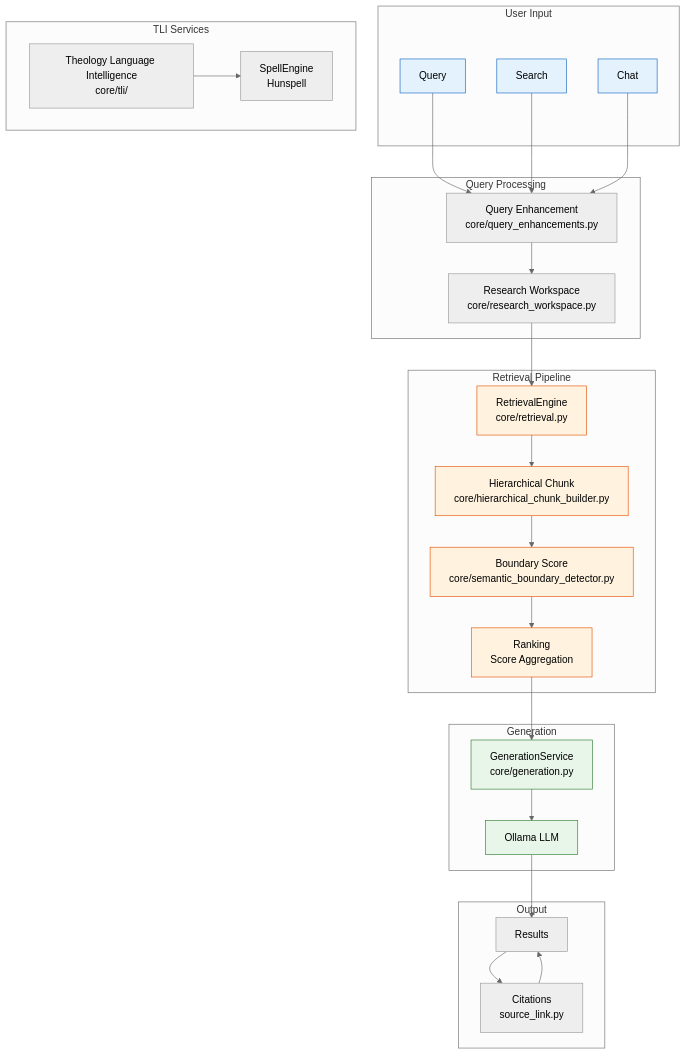
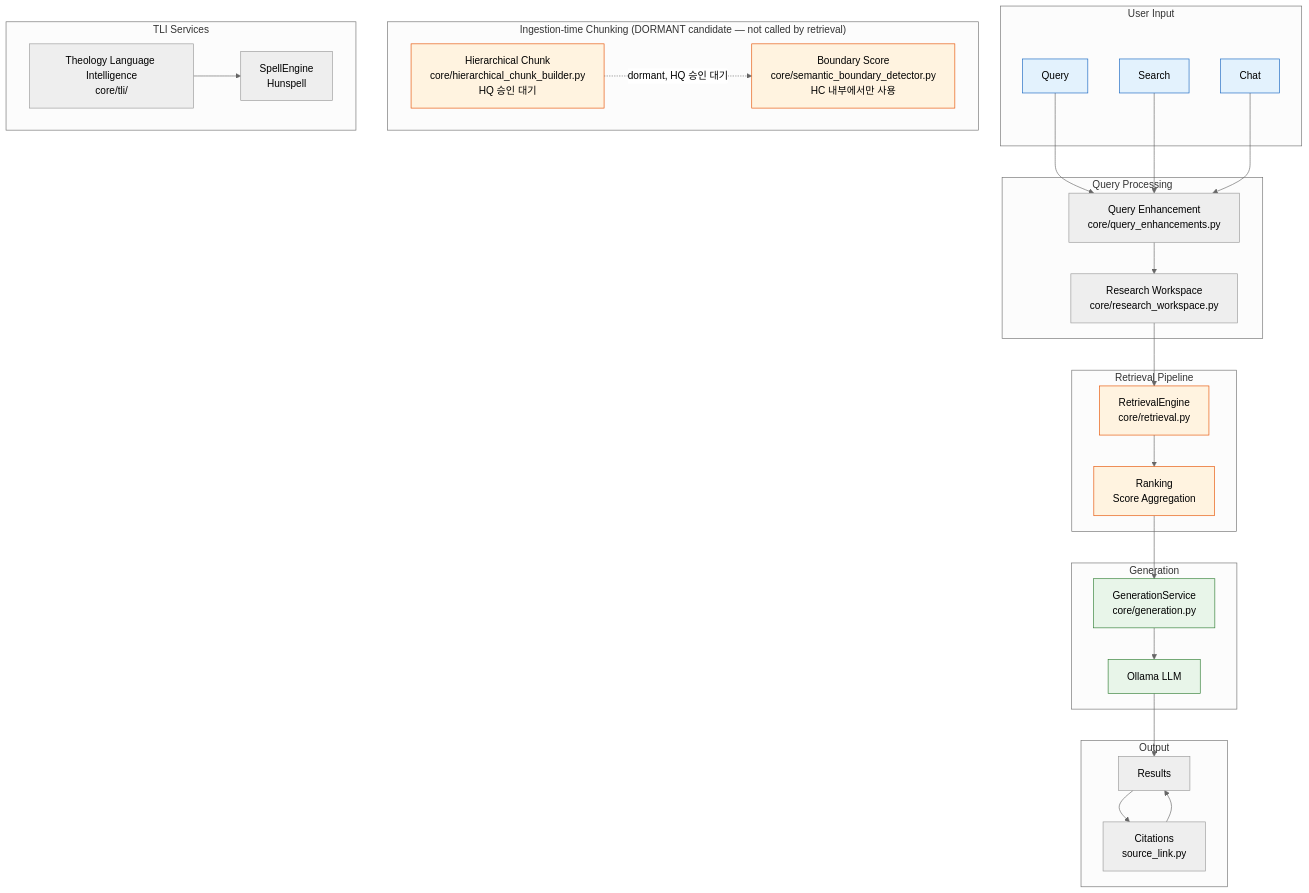
One commit to nkbang/DBMA changed the tenth of 11 diagrams in docs/ARCHITECTURE_DIAGRAM.md. Above: the diagram before and after it, drawn with Mermaid (neutral theme). The commit also changed other lines of this file, not shown here.

First line of the commit message:
fix: ARCHITECTURE_DIAGRAM.md의 사실관계 오류 정정

````diff
--- a/docs/ARCHITECTURE_DIAGRAM.md
+++ b/docs/ARCHITECTURE_DIAGRAM.md
@@ -374,57 +377,59 @@
 ```mermaid
 flowchart TB
     subgraph "User Input"
         Q[Query]
         S[Search]
         C[Chat]
     end
 
     subgraph "Query Processing"
         QE[Query Enhancement<br/>core/query_enhancements.py]
         RW[Research Workspace<br/>core/research_workspace.py]
     end
 
     subgraph "Retrieval Pipeline"
         RE[RetrievalEngine<br/>core/retrieval.py]
-        HC[Hierarchical Chunk<br/>core/hierarchical_chunk_builder.py]
-        BS[Boundary Score<br/>core/semantic_boundary_detector.py]
         RK[Ranking<br/>Score Aggregation]
+    end
+
+    subgraph "Ingestion-time Chunking (DORMANT candidate — not called by retrieval)"
+        HC[Hierarchical Chunk<br/>core/hierarchical_chunk_builder.py<br/>HQ 승인 대기]
+        BS[Boundary Score<br/>core/semantic_boundary_detector.py<br/>HC 내부에서만 사용]
     end
 
     subgraph "Generation"
         GS[GenerationService<br/>core/generation.py]
         LLM[Ollama LLM]
     end
 
     subgraph "TLI Services"
         TLI[Theology Language Intelligence<br/>core/tli/]
         SP[SpellEngine<br/>Hunspell]
     end
 
     subgraph "Output"
         R[Results]
         CIT[Citations<br/>source_link.py]
     end
 
     Q --> QE
     S --> QE
     C --> QE
     QE --> RW
     RW --> RE
-    RE --> HC
-    HC --> BS
-    BS --> RK
+    RE --> RK
+    HC -.dormant, HQ 승인 대기.-> BS
     RK --> GS
     GS --> LLM
     LLM --> R
     TLI --> SP
     R --> CIT
     CIT --> R
 
     classDef query fill:#e3f2fd,stroke:#1565c0
     class Q,S,C query
     classDef retrieval fill:#fff3e0,stroke:#e65100
     class RE,HC,BS,RK retrieval
     classDef gen fill:#e8f5e9,stroke:#2e7d32
     class GS,LLM gen
 ```
````
